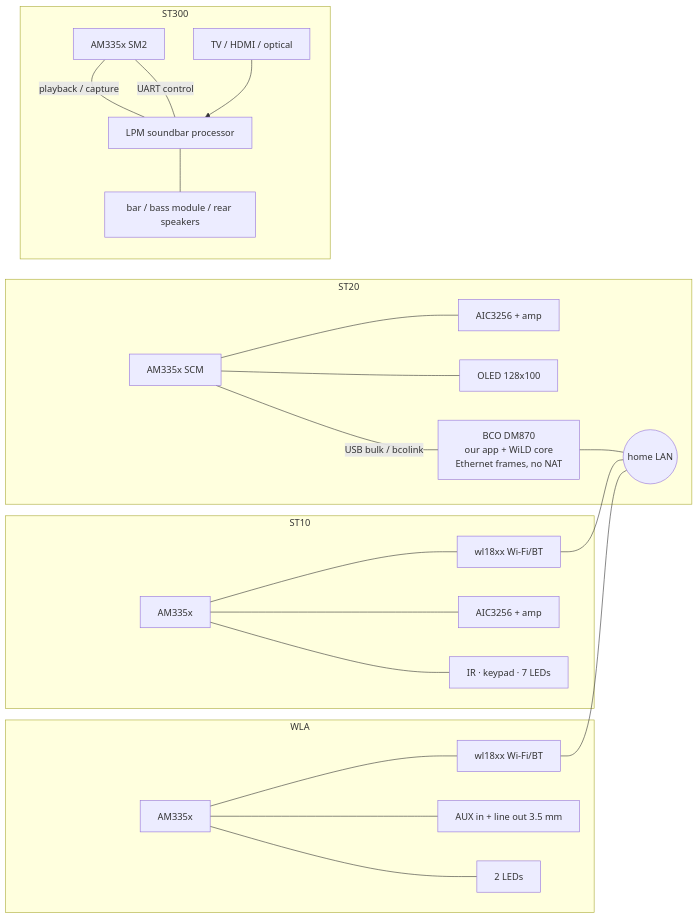
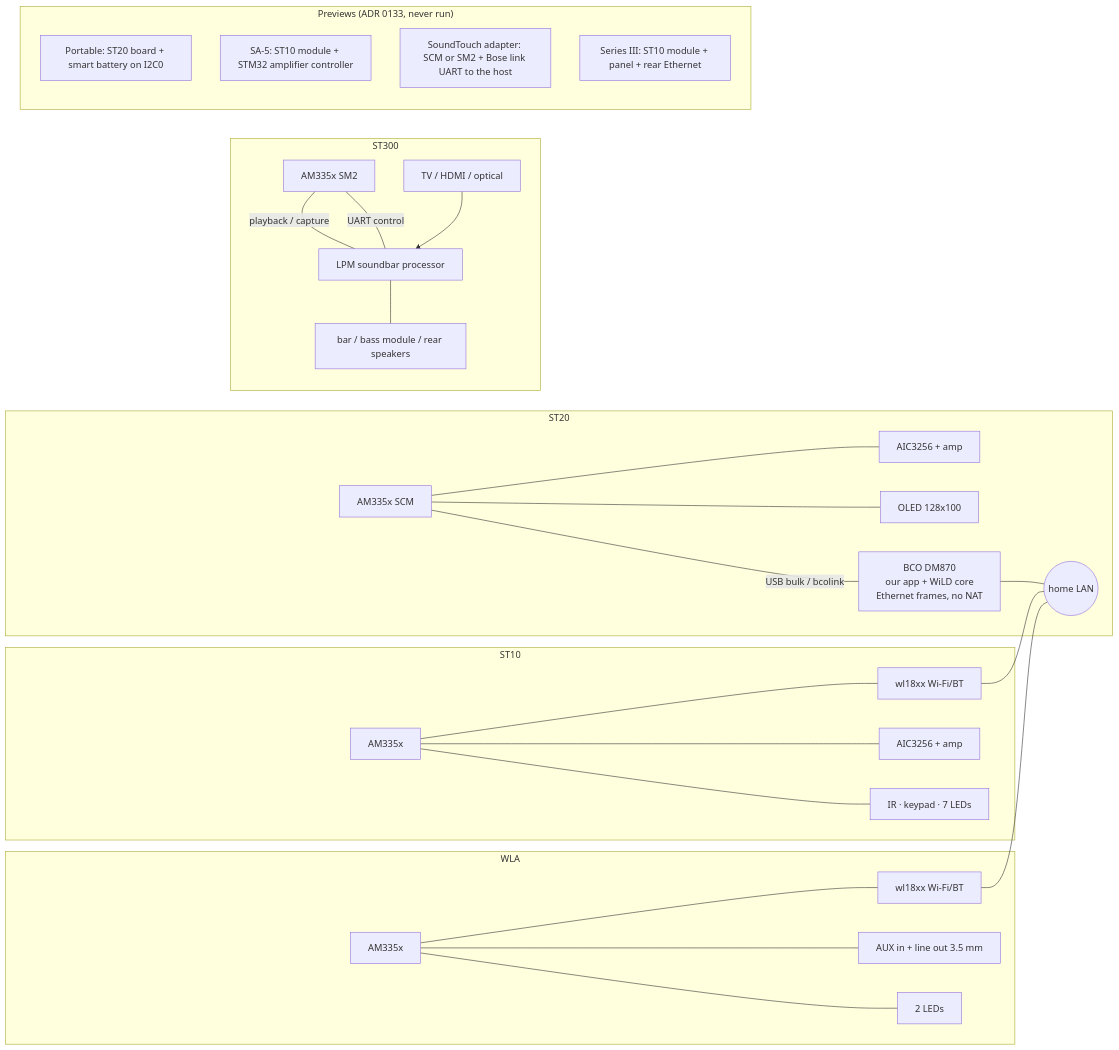
Before and after one commit to stein155/soundtap: the second of 9 diagrams in docs/contributors/design.md, drawn with Mermaid. The commit also changed other lines of this file and 174 other files, not shown here.

First line of the commit message:
feat: preview more SoundTouch models from Bose's own packages

````diff
--- a/docs/contributors/design.md
+++ b/docs/contributors/design.md
@@ -140,27 +155,33 @@
 ```mermaid
 flowchart LR
   subgraph ST10
     A1[AM335x] --- W1[wl18xx Wi-Fi/BT]
     A1 --- C1[AIC3256 + amp]
     A1 --- I1[IR · keypad · 7 LEDs]
   end
   subgraph WLA
     A2[AM335x] --- W2[wl18xx Wi-Fi/BT]
     A2 --- C2[AUX in + line out 3.5 mm]
     A2 --- L2[2 LEDs]
   end
   subgraph ST20
     A3[AM335x SCM] --- C3[AIC3256 + amp]
     A3 --- O3[OLED 128x100]
     A3 -- USB bulk / bcolink --- BCO[BCO DM870<br/>our app + WiLD core<br/>Ethernet frames, no NAT]
     BCO --- LAN((home LAN))
   end
   subgraph ST300
     A4[AM335x SM2] -- playback / capture --- P4[LPM soundbar processor]
     A4 -- UART control --- P4
     TV4[TV / HDMI / optical] --> P4
     P4 --- OUT4[bar / bass module / rear speakers]
   end
+  subgraph Previews["Previews (ADR 0133, never run)"]
+    PT[Portable: ST20 board + smart battery on I2C0]
+    SA[SA-5: ST10 module + STM32 amplifier controller]
+    AD[SoundTouch adapter: SCM or SM2 + Bose link UART to the host]
+    S3[Series III: ST10 module + panel + rear Ethernet]
+  end
   W1 --- LAN
   W2 --- LAN
 ```
````
